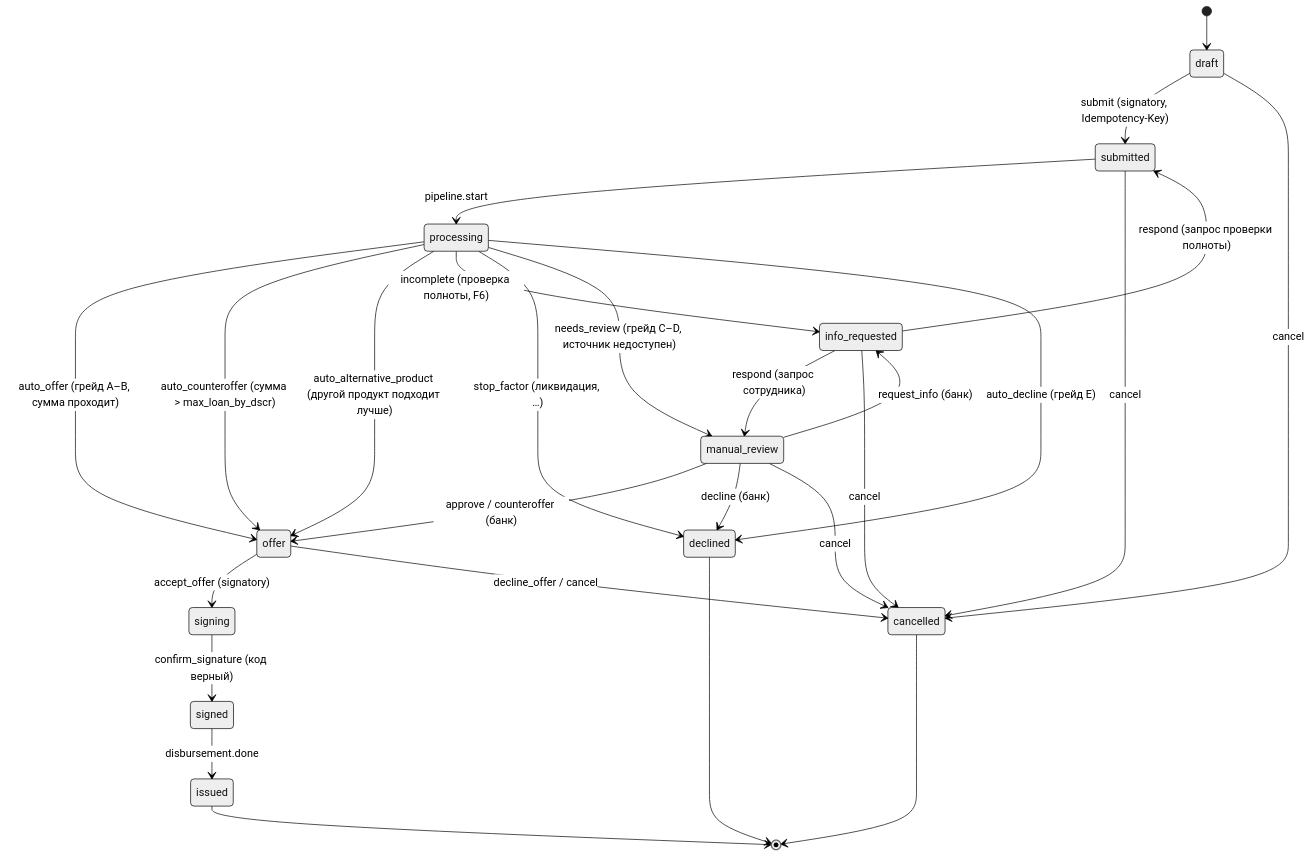
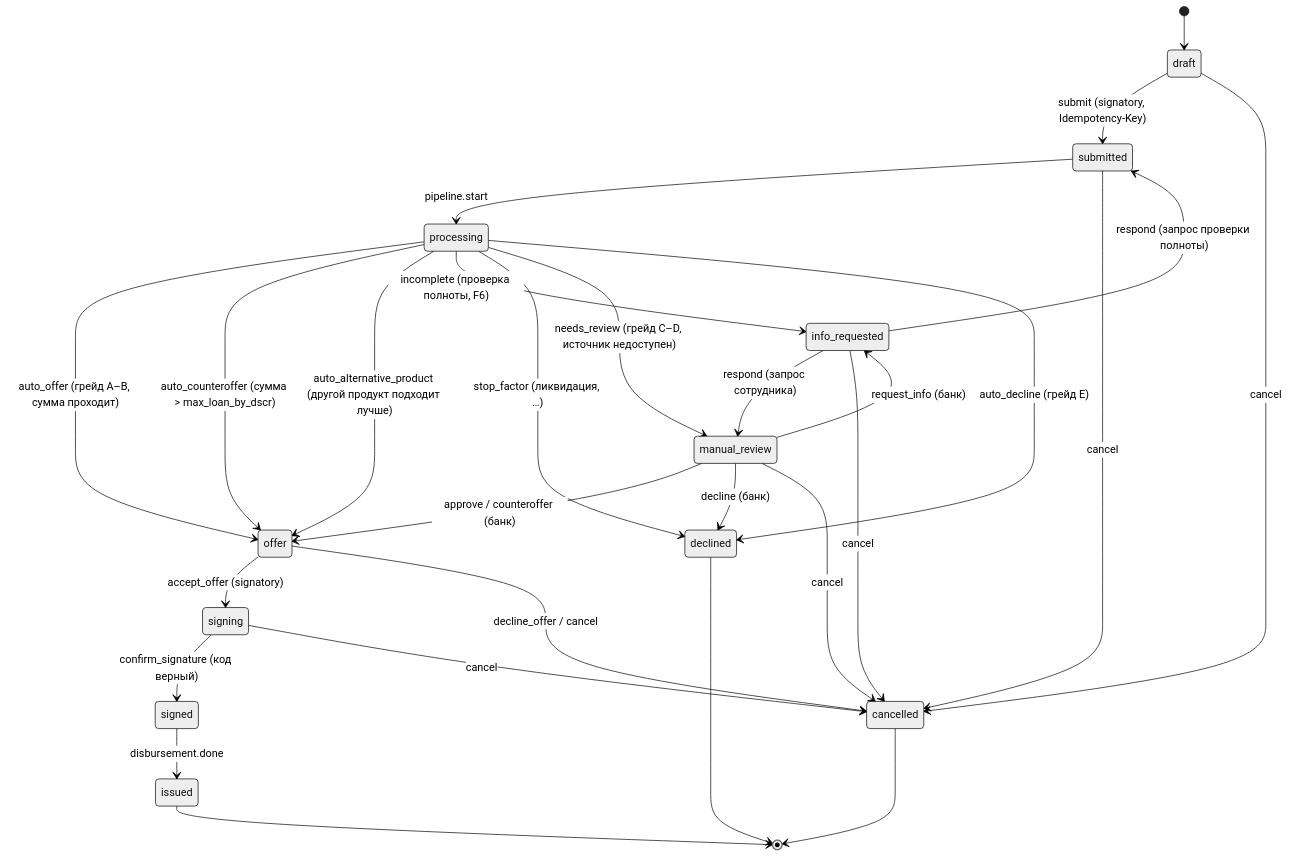
One commit to korol1dorogi/AFFASHPAK changed the diagram in docs/state-machine.md. Above: the diagram before and after it, drawn with Mermaid (neutral theme). The commit also changed other lines of this file and 4 other files, not shown here.

First line of the commit message:
Fix 3.2: the client can cancel while signing

````diff
--- a/docs/state-machine.md
+++ b/docs/state-machine.md
@@ -26,29 +26,30 @@
 ```mermaid
 stateDiagram-v2
     [*] --> draft
     draft --> submitted: submit (signatory, Idempotency-Key)
     submitted --> processing: pipeline.start
     processing --> offer: auto_offer (грейд A–B, сумма проходит)
     processing --> offer: auto_counteroffer (сумма > max_loan_by_dscr)
     processing --> offer: auto_alternative_product (другой продукт подходит лучше)
     processing --> info_requested: incomplete (проверка полноты, F6)
     processing --> declined: stop_factor (ликвидация, …)
     processing --> manual_review: needs_review (грейд C–D, источник недоступен)
     processing --> declined: auto_decline (грейд E)
     manual_review --> offer: approve / counteroffer (банк)
     manual_review --> info_requested: request_info (банк)
     manual_review --> declined: decline (банк)
     info_requested --> manual_review: respond (запрос сотрудника)
     info_requested --> submitted: respond (запрос проверки полноты)
     offer --> signing: accept_offer (signatory)
     signing --> signed: confirm_signature (код верный)
     signed --> issued: disbursement.done
     draft --> cancelled: cancel
     submitted --> cancelled: cancel
     manual_review --> cancelled: cancel
     info_requested --> cancelled: cancel
     offer --> cancelled: decline_offer / cancel
+    signing --> cancelled: cancel
     issued --> [*]
     declined --> [*]
     cancelled --> [*]
 ```
````
